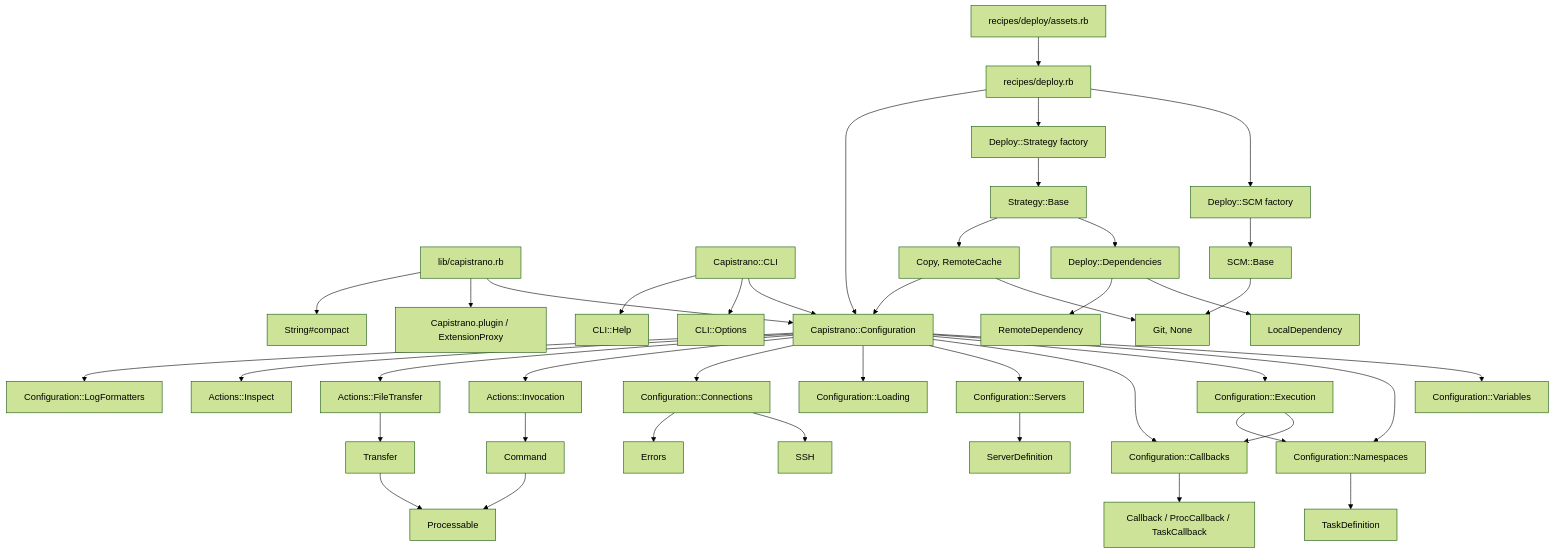
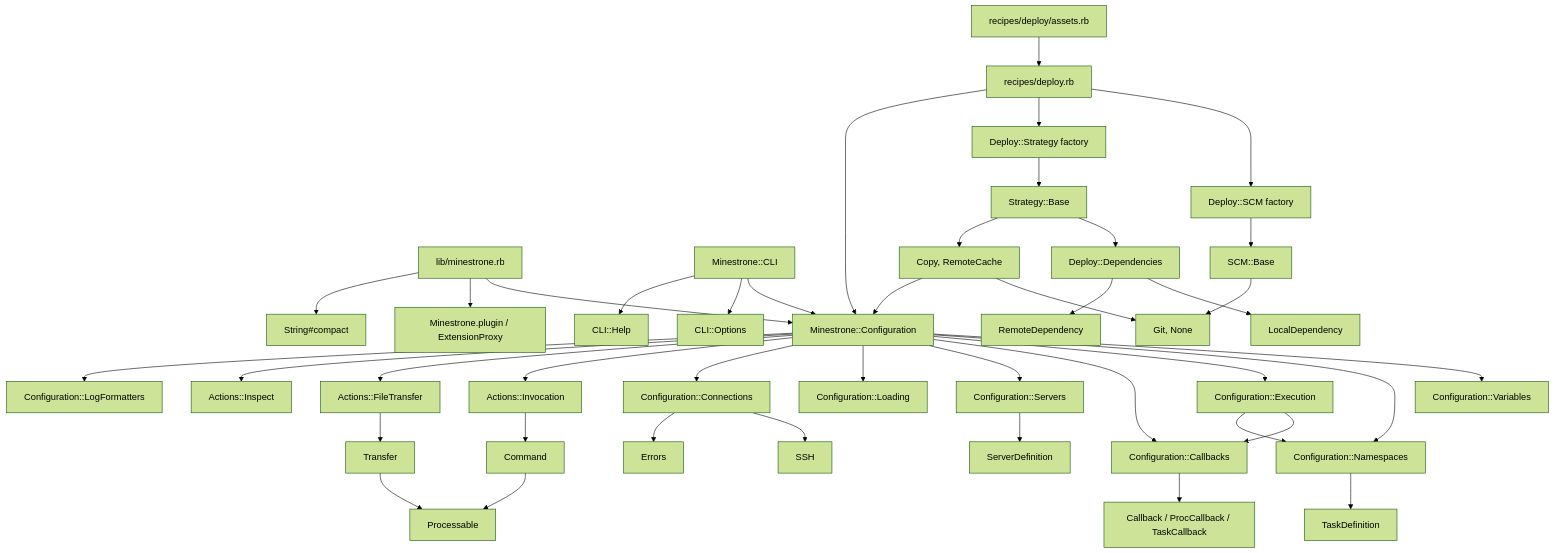
Before and after one commit to mackuba/capistrano-lite: the diagram in docs/lib-codebase-map.md, drawn with Mermaid (forest theme). The commit also changed other lines of this file and 132 other files, not shown here.

````diff
--- a/docs/lib-codebase-map.md
+++ b/docs/lib-codebase-map.md
@@ -70,49 +70,49 @@
 ```mermaid
 flowchart TD
-  root["lib/capistrano.rb"] --> config["Capistrano::Configuration"]
-  root --> extensions["Capistrano.plugin / ExtensionProxy"]
+  root["lib/minestrone.rb"] --> config["Minestrone::Configuration"]
+  root --> extensions["Minestrone.plugin / ExtensionProxy"]
   root --> string_ext["String#compact"]
 
-  cli["Capistrano::CLI"] --> config
+  cli["Minestrone::CLI"] --> config
   cli --> cli_options["CLI::Options"]
   cli --> cli_help["CLI::Help"]
 
   config --> variables["Configuration::Variables"]
   config --> namespaces["Configuration::Namespaces"]
   config --> execution["Configuration::Execution"]
   config --> callbacks["Configuration::Callbacks"]
   config --> servers_mod["Configuration::Servers"]
   config --> loading["Configuration::Loading"]
   config --> connections["Configuration::Connections"]
   config --> invocation["Actions::Invocation"]
   config --> transfer_actions["Actions::FileTransfer"]
   config --> inspect_actions["Actions::Inspect"]
   config --> log_formatters["Configuration::LogFormatters"]
 
   namespaces --> task_definition["TaskDefinition"]
   servers_mod --> server_definition["ServerDefinition"]
   connections --> ssh["SSH"]
   connections --> errors["Errors"]
   invocation --> command["Command"]
   transfer_actions --> transfer["Transfer"]
   command --> processable["Processable"]
   transfer --> processable
   callbacks --> callback_classes["Callback / ProcCallback / TaskCallback"]
   execution --> callbacks
   execution --> namespaces
 
   deploy_recipe["recipes/deploy.rb"] --> scm_factory["Deploy::SCM factory"]
   deploy_recipe --> strategy_factory["Deploy::Strategy factory"]
   deploy_recipe --> config
   assets_recipe["recipes/deploy/assets.rb"] --> deploy_recipe
 
   scm_factory --> scm_base["SCM::Base"]
   scm_base --> scm_adapters["Git, None"]
   strategy_factory --> strategy_base["Strategy::Base"]
   strategy_base --> dependencies["Deploy::Dependencies"]
   dependencies --> local_dep["LocalDependency"]
   dependencies --> remote_dep["RemoteDependency"]
   strategy_base --> strategies["Copy, RemoteCache"]
   strategies --> scm_adapters
   strategies --> config
 ```
````
